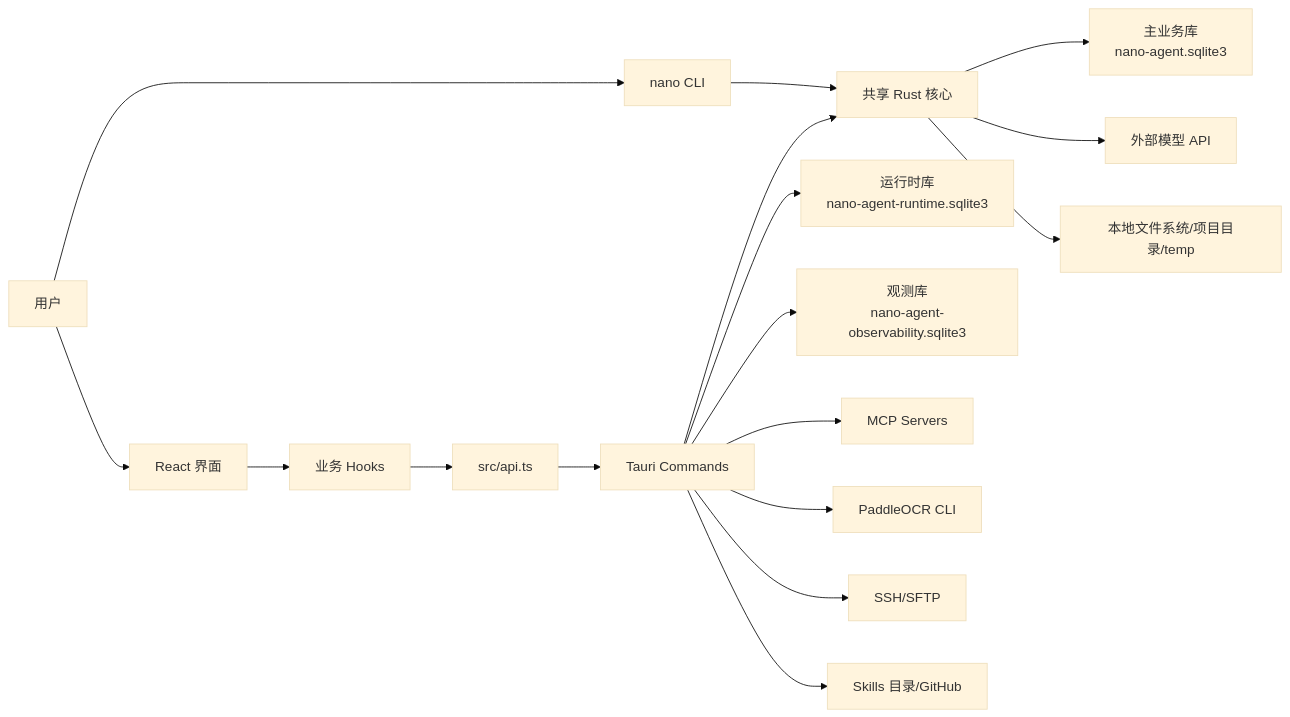
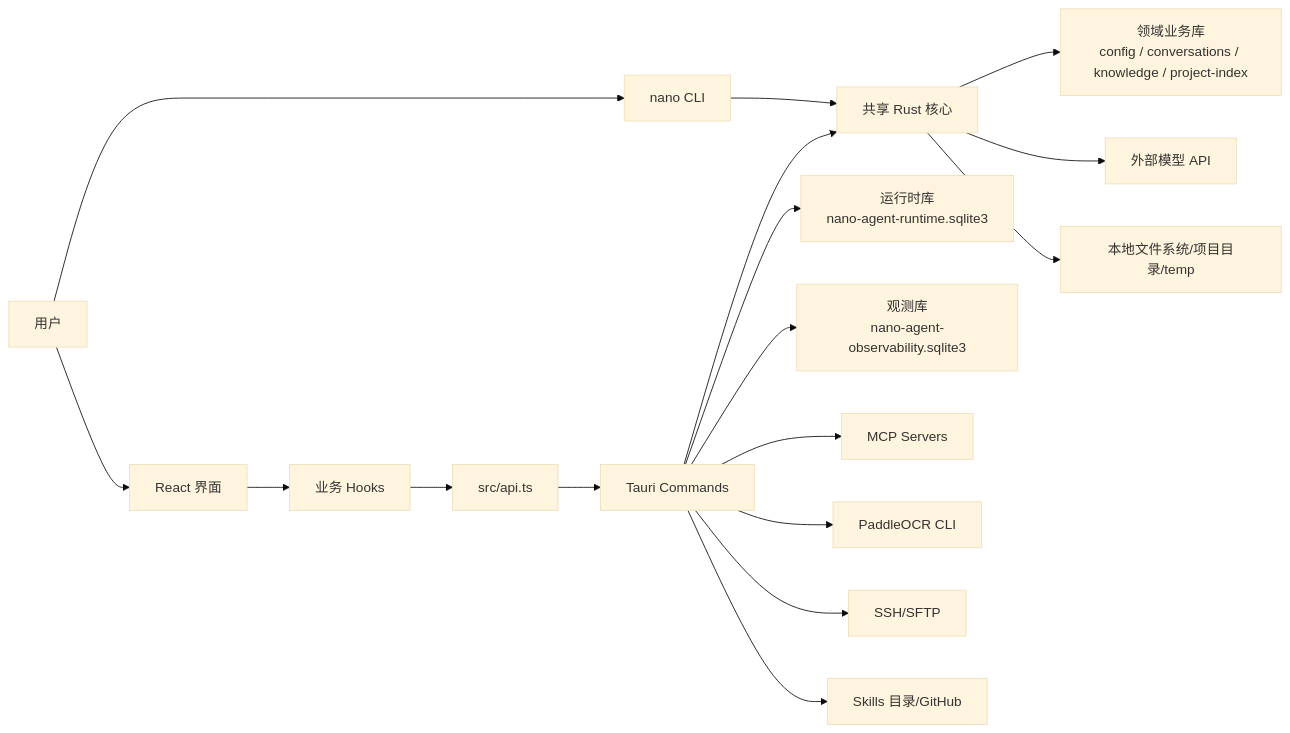
One commit to NanoAgentCode/NanoDesk changed the diagram in docs/系统设计文档.md. Above: the diagram before and after it, drawn with Mermaid (base theme). The commit also changed other lines of this file and 15 other files, not shown here.

````diff
--- a/docs/系统设计文档.md
+++ b/docs/系统设计文档.md
@@ -36,19 +36,19 @@
 ```mermaid
 flowchart LR
   User["用户"] --> UI["React 界面"]
   User --> CLI["nano CLI"]
   UI --> Hooks["业务 Hooks"]
   Hooks --> API["src/api.ts"]
   API --> Commands["Tauri Commands"]
   CLI --> Core["共享 Rust 核心"]
   Commands --> Core
-  Core --> DB["主业务库\nnano-agent.sqlite3"]
+  Core --> DB["领域业务库\nconfig / conversations / knowledge / project-index"]
   Core --> LLM["外部模型 API"]
   Core --> FS["本地文件系统/项目目录/temp"]
   Commands --> Runtime["运行时库\nnano-agent-runtime.sqlite3"]
   Commands --> Obs["观测库\nnano-agent-observability.sqlite3"]
   Commands --> MCP["MCP Servers"]
   Commands --> OCR["PaddleOCR CLI"]
   Commands --> Ops["SSH/SFTP"]
   Commands --> Skills["Skills 目录/GitHub"]
 ```
````
